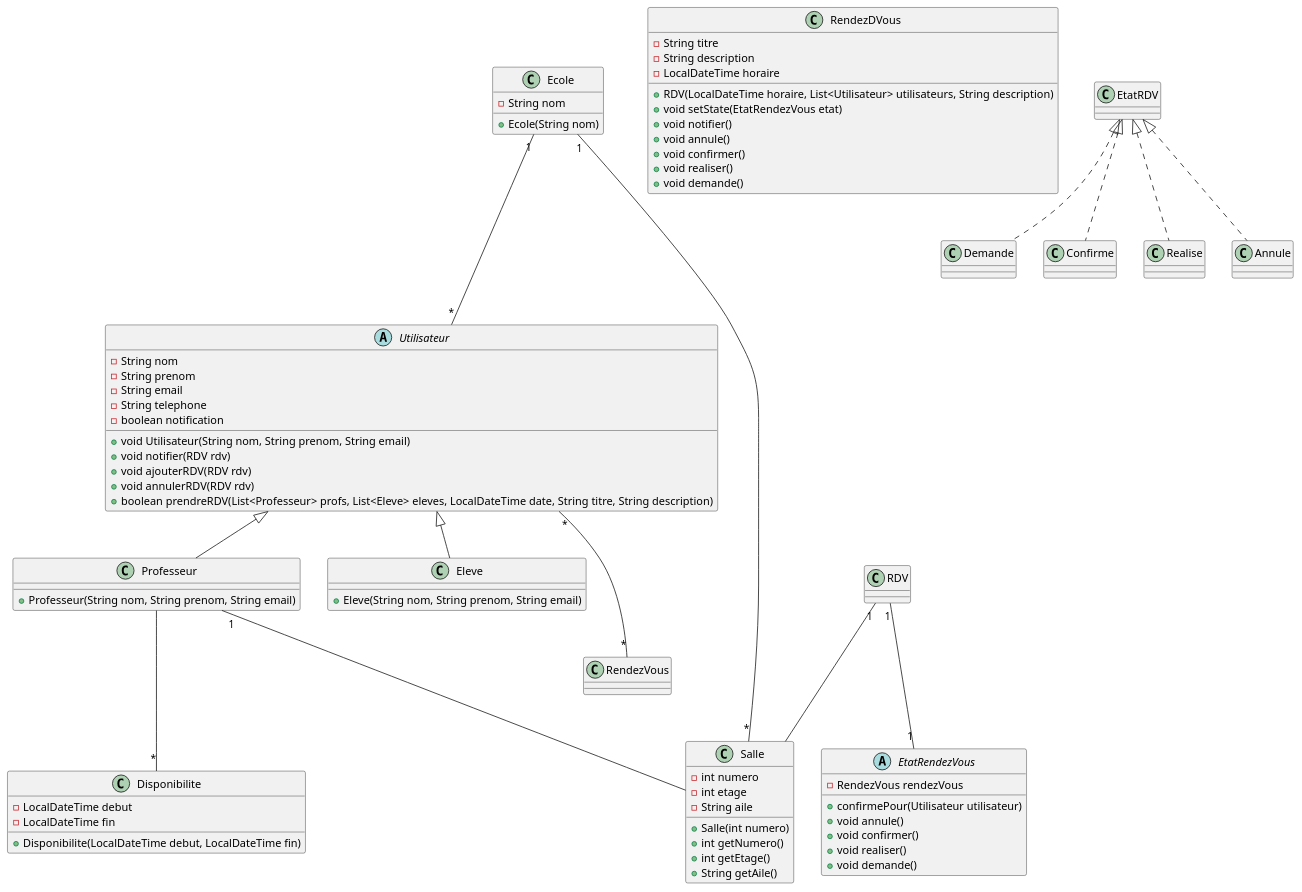
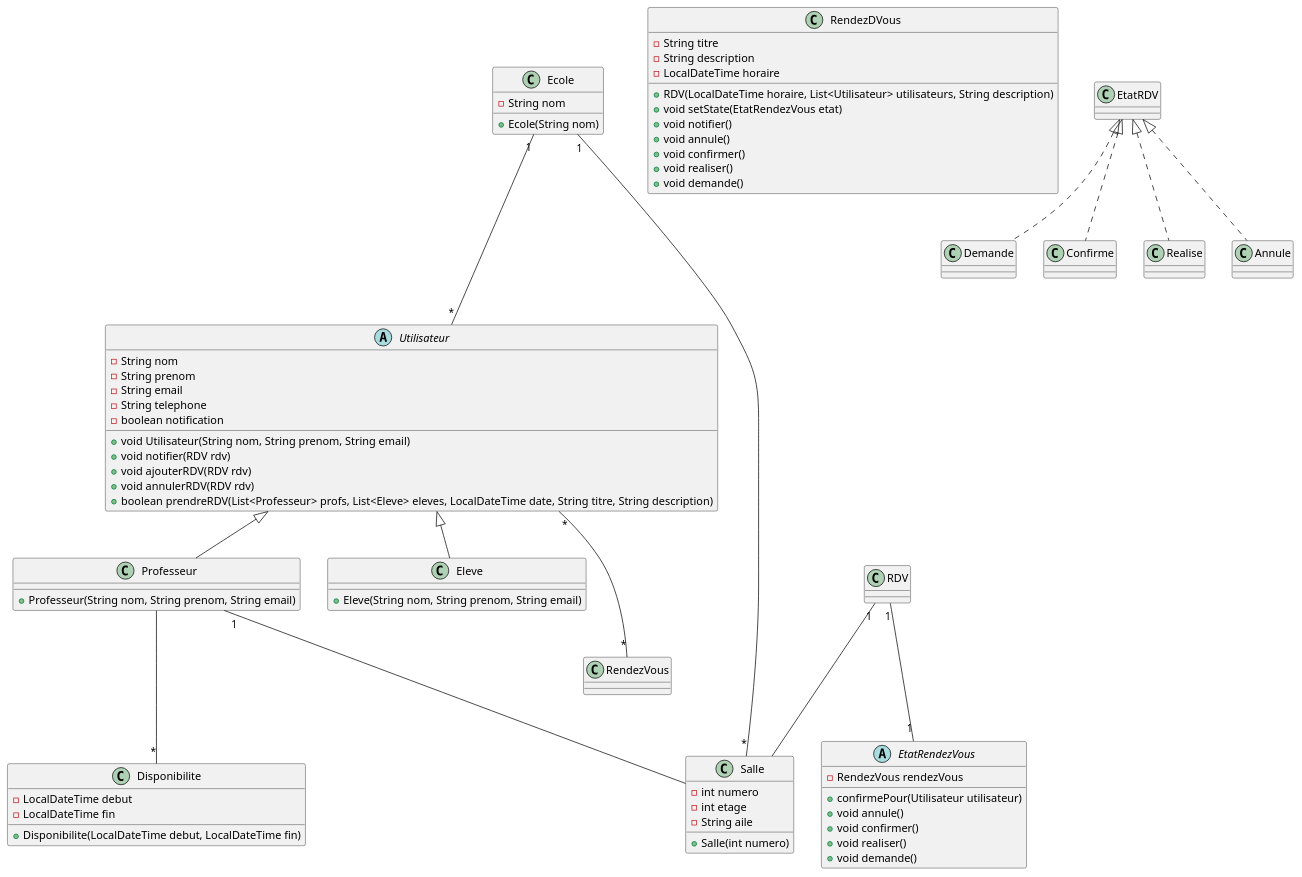
One commit to Jcz125/meeting-manager-app changed the diagram in Conception/DiagrameClasse.puml. Above: the diagram before and after it, drawn with PlantUML.

Commit message:
modif boolean->void

```diff
--- a/Conception/DiagrameClasse.puml
+++ b/Conception/DiagrameClasse.puml
@@ -1,103 +1,100 @@
 @startuml Diagramme de classe
 
 abstract class Utilisateur {
     - String nom
     - String prenom
     - String email
     - String telephone
     - boolean notification
     
     + void Utilisateur(String nom, String prenom, String email)
     + void notifier(RDV rdv)
     + void ajouterRDV(RDV rdv)
     + void annulerRDV(RDV rdv)
     + boolean prendreRDV(List<Professeur> profs, List<Eleve> eleves, LocalDateTime date, String titre, String description)
 }
 
 class Professeur {
     + Professeur(String nom, String prenom, String email)
 }
 
 class Eleve {
     + Eleve(String nom, String prenom, String email)
 }
 
 class Disponibilite {
     - LocalDateTime debut
     - LocalDateTime fin
 
     + Disponibilite(LocalDateTime debut, LocalDateTime fin)
 }
 
 class RendezDVous {
     - String titre
     - String description
     - LocalDateTime horaire
     
     + RDV(LocalDateTime horaire, List<Utilisateur> utilisateurs, String description)
     + void setState(EtatRendezVous etat)
     + void notifier()
     + void annule()
     + void confirmer()
     + void realiser()
     + void demande()
 }
 
 abstract class EtatRendezVous {
     - RendezVous rendezVous
     + confirmePour(Utilisateur utilisateur)
     + void annule()
     + void confirmer()
     + void realiser()
     + void demande()
 }
 
 class Demande {
 }
 
 class Confirme {
 }
 
 class Realise {
 }
 
 class Annule {
 }
 
 
 class Ecole {
     - String nom
     + Ecole(String nom)
 }
 
 class Salle {
     - int numero
     - int etage
     - String aile
 
     + Salle(int numero)
-    + int getNumero()
-    + int getEtage()
-    + String getAile()
 }
 
 
 Utilisateur "*" --- "*" RendezVous
 Ecole "1" --- "*" Utilisateur
 Ecole "1" --- "*" Salle
 
 
 EtatRDV <|.. Confirme
 EtatRDV <|.. Annule
 EtatRDV <|.. Realise
 EtatRDV <|.. Demande
 
 RDV "1" --- "1" EtatRendezVous
 RDV "1" --- Salle
 Professeur "1" --- Salle
 
 Utilisateur  <|--  Professeur
 Utilisateur  <|--  Eleve
 Professeur --- "*" Disponibilite
 
 @enduml
```
